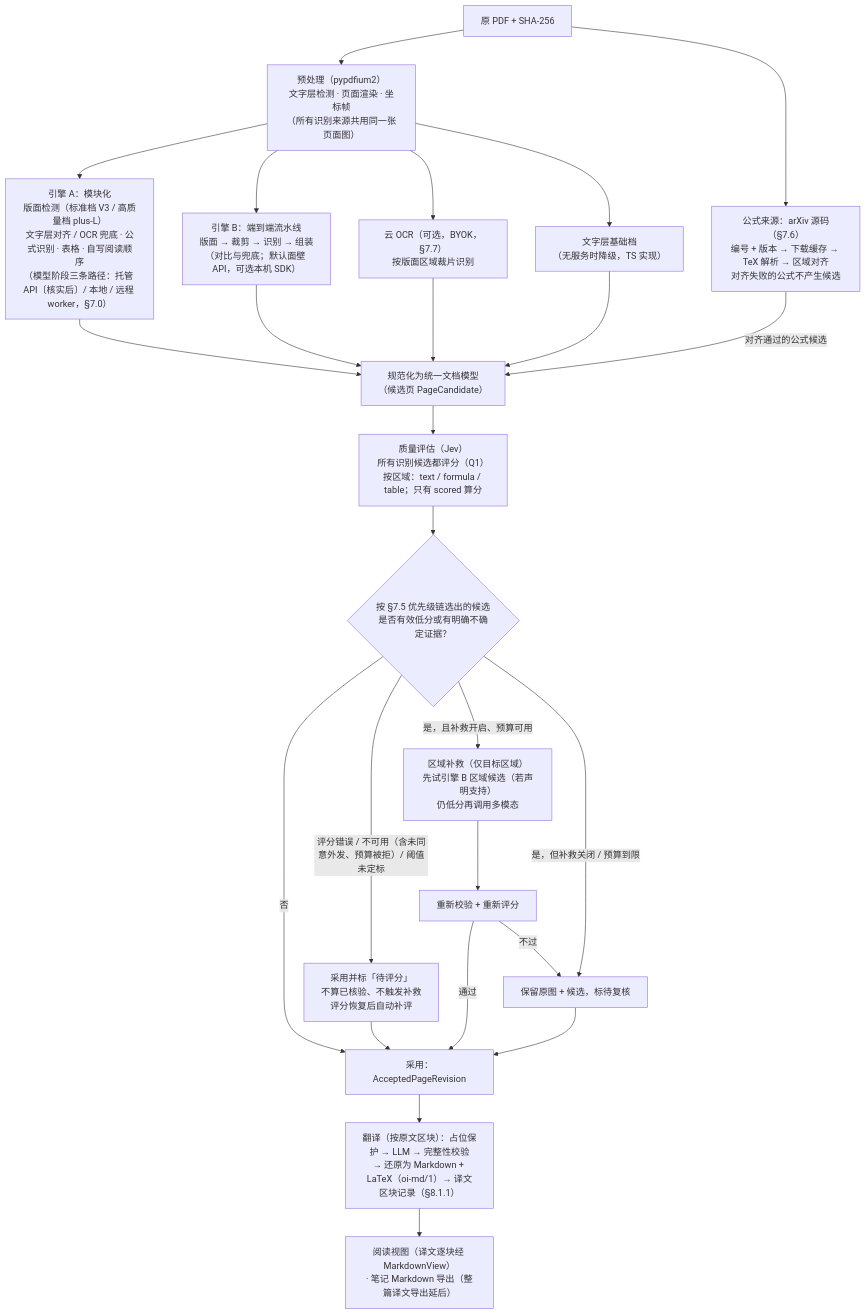
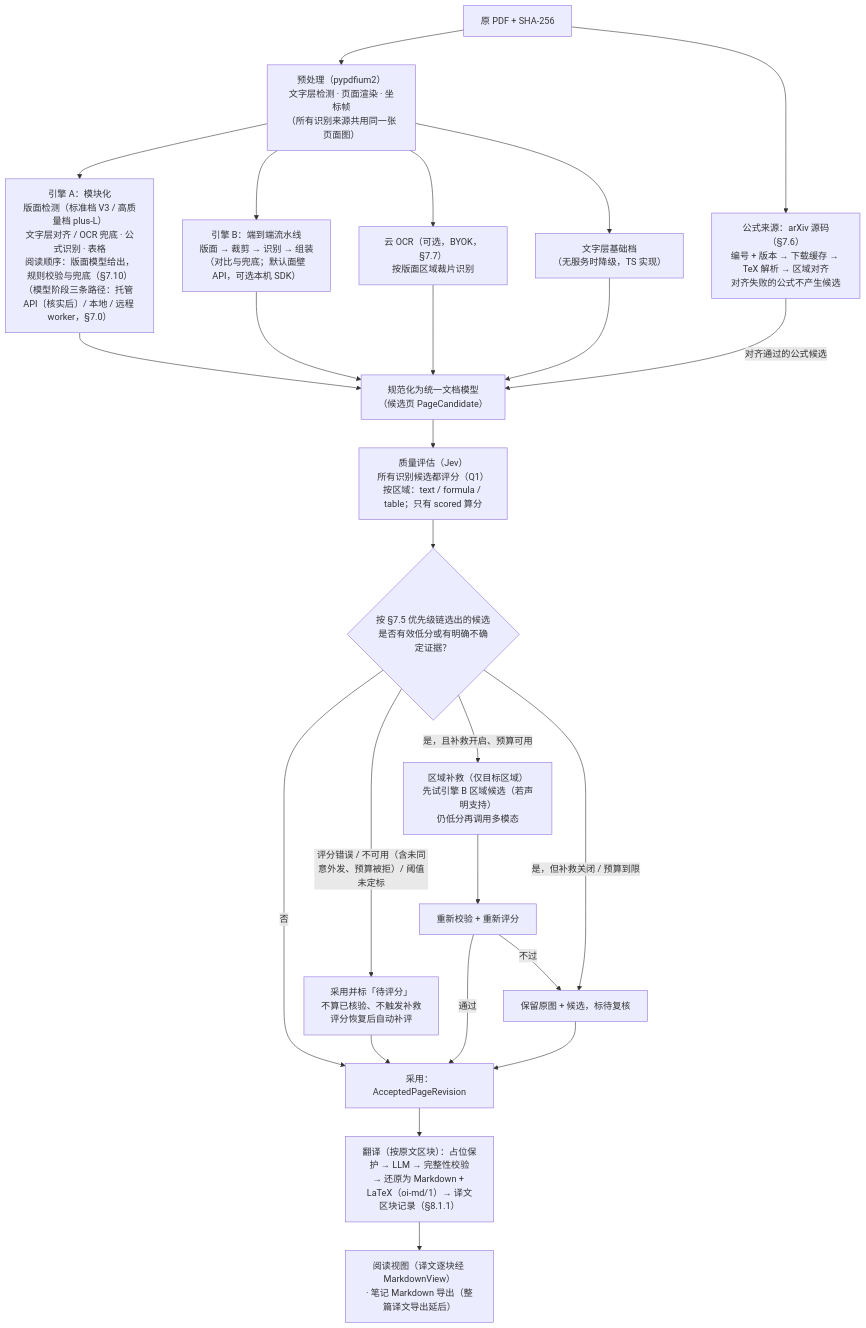
One commit to wisdom-km/open-immerse-v2 changed the fourth of 6 diagrams in ARCHITECTURE.md. Above: the diagram before and after it, drawn with Mermaid. The commit also changed other lines of this file and 6 other files, not shown here.

````diff
--- a/ARCHITECTURE.md
+++ b/ARCHITECTURE.md
@@ -765,27 +772,27 @@
 ```mermaid
 flowchart TD
   IN["原 PDF + SHA-256"] --> PRE["预处理（pypdfium2）<br/>文字层检测 · 页面渲染 · 坐标帧<br/>（所有识别来源共用同一张页面图）"]
   IN --> AX["公式来源：arXiv 源码（§7.6）<br/>编号 + 版本 → 下载缓存 → TeX 解析 → 区域对齐<br/>对齐失败的公式不产生候选"]
-  PRE --> A["引擎 A：模块化<br/>版面检测（标准档 V3 / 高质量档 plus-L）<br/>文字层对齐 / OCR 兜底 · 公式识别 · 表格 · 自写阅读顺序<br/>（模型阶段三条路径：托管 API〔核实后〕/ 本地 / 远程 worker，§7.0）"]
+  PRE --> A["引擎 A：模块化<br/>版面检测（标准档 V3 / 高质量档 plus-L）<br/>文字层对齐 / OCR 兜底 · 公式识别 · 表格<br/>阅读顺序：版面模型给出，规则校验与兜底（§7.10）<br/>（模型阶段三条路径：托管 API〔核实后〕/ 本地 / 远程 worker，§7.0）"]
   PRE --> B["引擎 B：端到端流水线<br/>版面 → 裁剪 → 识别 → 组装<br/>（对比与兜底；默认面壁 API，可选本机 SDK）"]
   PRE --> CO["云 OCR（可选，BYOK，§7.7）<br/>按版面区域裁片识别"]
   PRE --> T["文字层基础档<br/>（无服务时降级，TS 实现）"]
   A --> N["规范化为统一文档模型<br/>（候选页 PageCandidate）"]
   B --> N
   CO --> N
   T --> N
   AX -- "对齐通过的公式候选" --> N
   N --> Q["质量评估（Jev）<br/>所有识别候选都评分（Q1）<br/>按区域：text / formula / table；只有 scored 算分"]
   Q --> D{"按 §7.5 优先级链选出的候选<br/>是否有效低分或有明确不确定证据？"}
   D -- "否" --> ACC["采用：AcceptedPageRevision"]
   D -- "评分错误 / 不可用（含未同意外发、预算被拒）/ 阈值未定标" --> PEND["采用并标「待评分」<br/>不算已核验、不触发补救<br/>评分恢复后自动补评"]
   PEND --> ACC
   D -- "是，且补救开启、预算可用" --> RP["区域补救（仅目标区域）<br/>先试引擎 B 区域候选（若声明支持）<br/>仍低分再调用多模态"]
   D -- "是，但补救关闭 / 预算到限" --> FB["保留原图 + 候选，标待复核"]
   RP --> Q2["重新校验 + 重新评分"]
   Q2 -- "通过" --> ACC
   Q2 -- "不过" --> FB
   FB --> ACC
   ACC --> TR["翻译（按原文区块）：占位保护 → LLM → 完整性校验<br/>→ 还原为 Markdown + LaTeX（oi-md/1）→ 译文区块记录（§8.1.1）"]
   TR --> OUT["阅读视图（译文逐块经 MarkdownView）<br/>· 笔记 Markdown 导出（整篇译文导出延后）"]
 ```
````
